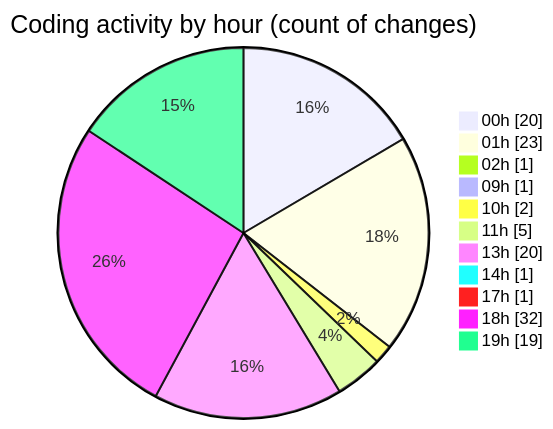
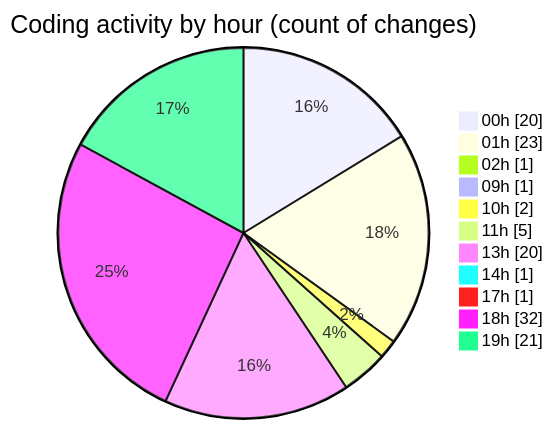
Before and after one commit to julien-gomy/code-tracking: the second of 2 diagrams in 2025-10-16/eventscop-frontend-guide__workspace_/README.md, drawn with Mermaid. The commit also changed other lines of this file and 1 other file, not shown here.

````diff
--- a/2025-10-16/eventscop-frontend-guide__workspace_/README.md
+++ b/2025-10-16/eventscop-frontend-guide__workspace_/README.md
@@ -64,15 +64,15 @@
 ```mermaid
 pie showData
 title Coding activity by hour (count of changes)
 "00h" : 20
 "01h" : 23
 "02h" : 1
 "09h" : 1
 "10h" : 2
 "11h" : 5
 "13h" : 20
 "14h" : 1
 "17h" : 1
 "18h" : 32
-"19h" : 19
+"19h" : 21
 ```
````
